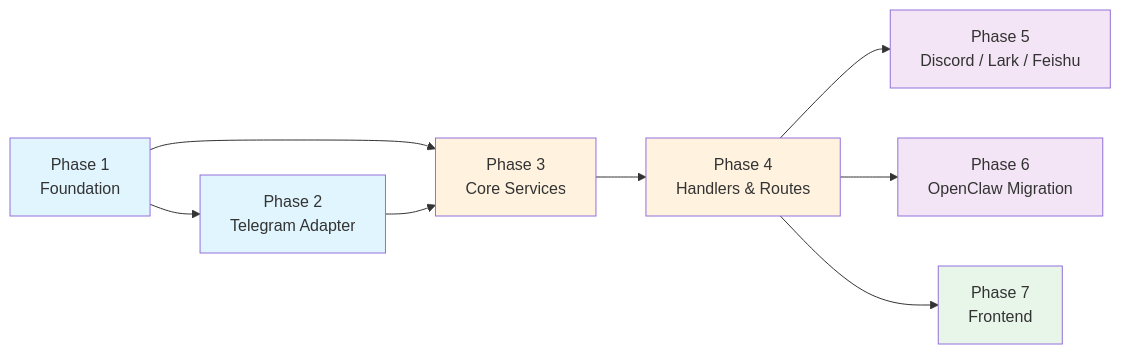
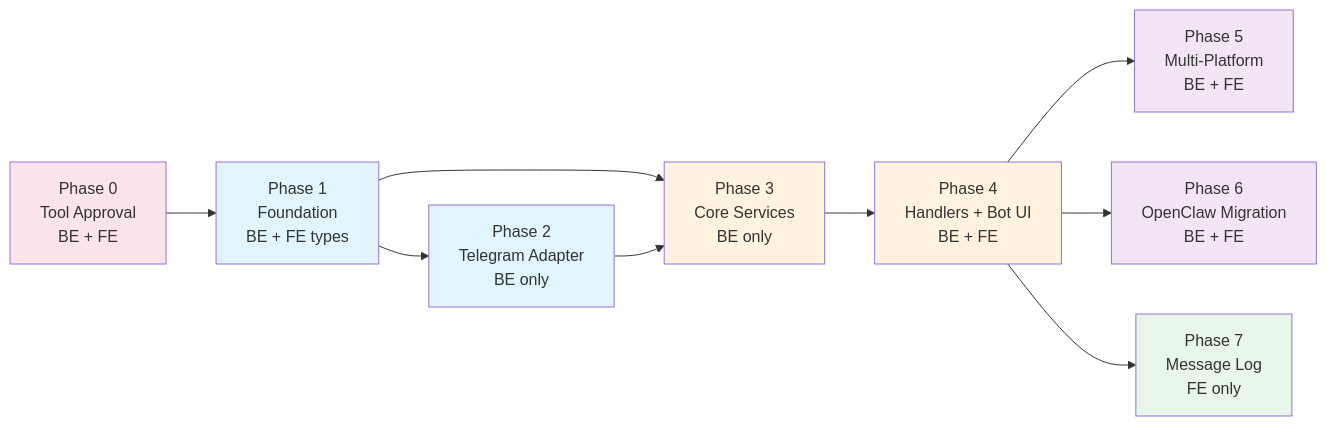
Diagram 13 of 16 in docs/CHANNEL_BOT_RELAY.md (yonasBSD/NyxID), drawn with Mermaid before and after one commit. The commit also changed other lines of this file and 63 other files, not shown here.

First line of the commit message:
feat: implement Channel Bot Relay and Tool Approval API

````diff
--- a/docs/CHANNEL_BOT_RELAY.md
+++ b/docs/CHANNEL_BOT_RELAY.md
@@ -774,18 +968,20 @@
 ```mermaid
 graph LR
-    P1[Phase 1<br/>Foundation] --> P2[Phase 2<br/>Telegram Adapter]
-    P1 --> P3[Phase 3<br/>Core Services]
+    P0[Phase 0<br/>Tool Approval<br/>BE + FE] --> P1[Phase 1<br/>Foundation<br/>BE + FE types]
+    P1 --> P2[Phase 2<br/>Telegram Adapter<br/>BE only]
+    P1 --> P3[Phase 3<br/>Core Services<br/>BE only]
     P2 --> P3
-    P3 --> P4[Phase 4<br/>Handlers & Routes]
-    P4 --> P5[Phase 5<br/>Discord / Lark / Feishu]
-    P4 --> P6[Phase 6<br/>OpenClaw Migration]
-    P4 --> P7[Phase 7<br/>Frontend]
+    P3 --> P4[Phase 4<br/>Handlers + Bot UI<br/>BE + FE]
+    P4 --> P5[Phase 5<br/>Multi-Platform<br/>BE + FE]
+    P4 --> P6[Phase 6<br/>OpenClaw Migration<br/>BE + FE]
+    P4 --> P7[Phase 7<br/>Message Log<br/>FE only]
 
+    style P0 fill:#fce4ec
     style P1 fill:#e1f5fe
     style P2 fill:#e1f5fe
     style P3 fill:#fff3e0
     style P4 fill:#fff3e0
     style P5 fill:#f3e5f5
     style P6 fill:#f3e5f5
     style P7 fill:#e8f5e9
 ```
````
